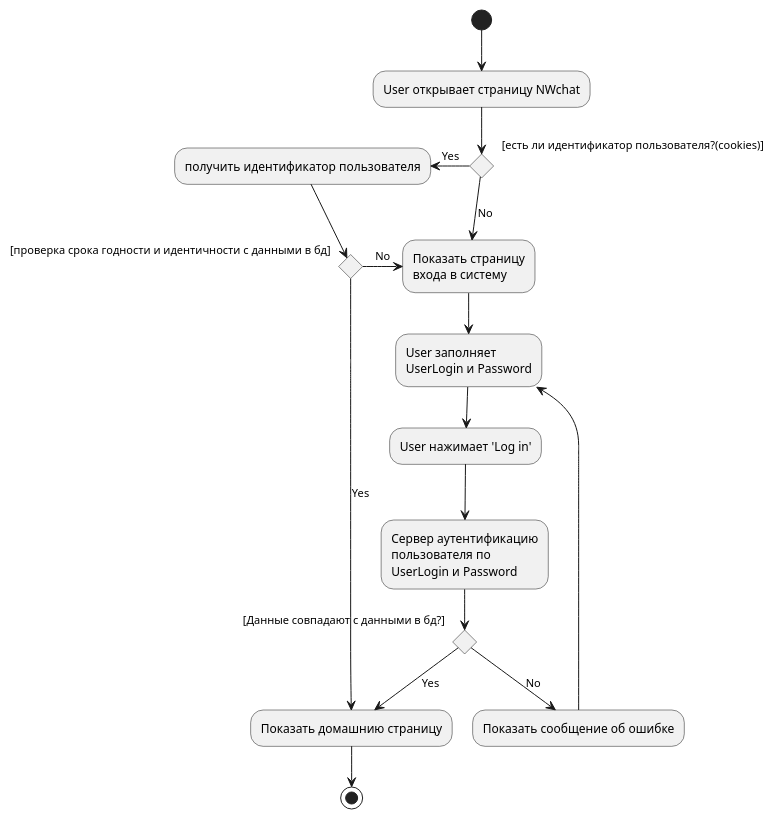
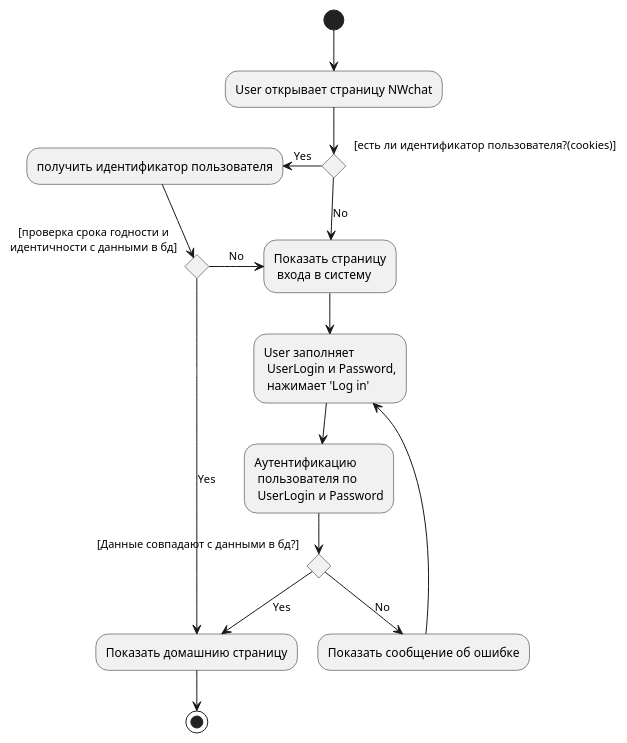
Before and after one commit to Pahoomich/nwchat: the diagram in UML/activity/login_activity.puml, drawn with PlantUML.

Commit message:
fix merge from pavel

```diff
--- a/UML/activity/login_activity.puml
+++ b/UML/activity/login_activity.puml
@@ -1,27 +1,22 @@
 @startuml
 
 (*) --> "User открывает страницу NWchat" as init
 if "[есть ли идентификатор пользователя?(cookies)]" then
   -left->[Yes] "получить идентификатор пользователя"
-  if "[проверка срока годности и идентичности с данными в бд]" then
-    --> [Yes] "Показать домашнию страницу" as home
+  if "[проверка срока годности и\nидентичности с данными в бд]" then
+    -> [Yes] "Показать домашнию страницу" as home
     --> (*)
-    else
-     -> [No] "Показать страницу
-            входа в систему" as loginP
+  else
+    -> [No] "Показать страницу\n входа в систему" as loginP
   endif
-  else
-    -->[No] loginP
-   --> "User заполняет
-    UserLogin и Password" as fills
-   --> "User нажимает 'Log in'"
-   --> "Сервер аутентификацию
-   пользователя по
-    UserLogin и Password"
+else
+   -->[No] loginP
+   --> "User заполняет\n UserLogin и Password,\n нажимает 'Log in'" as fills
+   --> "Аутентификацию\n пользователя по\n UserLogin и Password"
    if "[Данные совпадают с данными в бд?]" then
     -->[Yes] home
    else
     -->[No] "Показать сообщение об ошибке"
     -->fills
 endif
 @enduml
```
